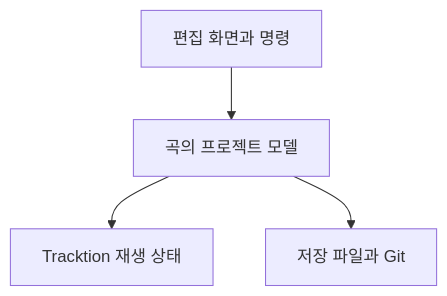
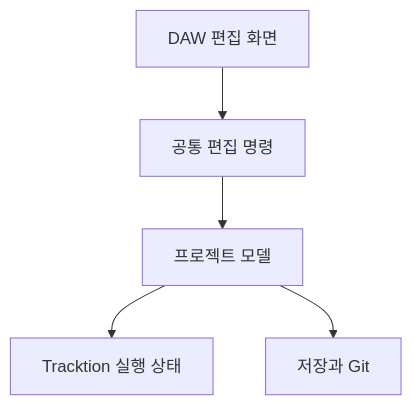
Before and after one commit to whizzkid1452/blog: the diagram in content/posts/ayotbi-architecture.md, drawn with Mermaid. The commit also changed other lines of this file and 23 other files, not shown here.

````diff
--- a/content/posts/ayotbi-architecture.md
+++ b/content/posts/ayotbi-architecture.md
@@ -52,6 +73,7 @@
 ```mermaid
 flowchart TD
-    UI["편집 화면과 명령"] --> M["곡의 프로젝트 모델"]
-    M --> E["Tracktion 재생 상태"]
-    M --> F["저장 파일과 Git"]
+    UI["DAW 편집 화면"] --> CMD["공통 편집 명령"]
+    CMD --> P["프로젝트 모델"]
+    P --> R["Tracktion 실행 상태"]
+    P --> S["저장과 Git"]
 ```
````
